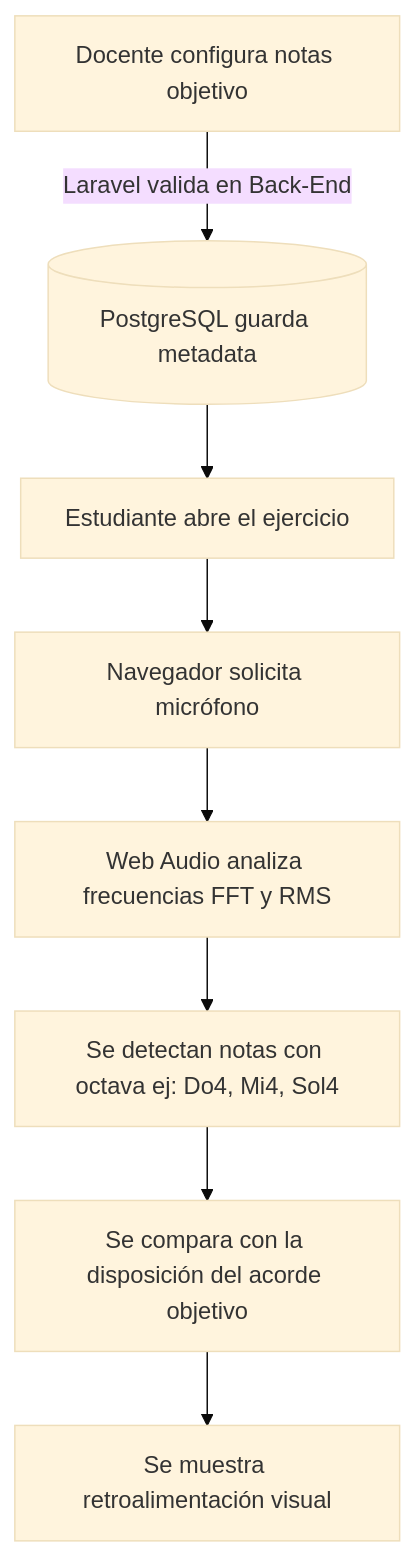
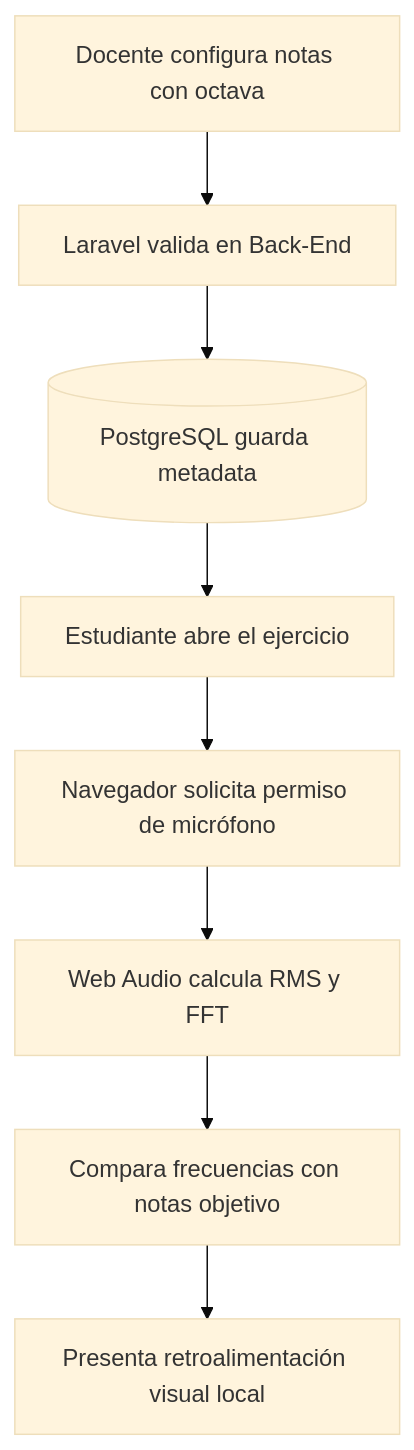
One commit to CSnF3256/ArmoniaLab changed the diagram in docs/AVANCE_AUDIO_SEGURIDAD.md. Above: the diagram before and after it, drawn with Mermaid (base theme). The commit also changed other lines of this file and 1 other file, not shown here.

````diff
--- a/docs/AVANCE_AUDIO_SEGURIDAD.md
+++ b/docs/AVANCE_AUDIO_SEGURIDAD.md
@@ -21,10 +11,10 @@
-~~~mermaid
-graph TD
-    A[Docente configura notas objetivo] -->|Laravel valida en Back-End| B[(PostgreSQL guarda metadata)]
-    B --> C[Estudiante abre el ejercicio]
-    C --> D[Navegador solicita micrófono]
-    D --> E[Web Audio analiza frecuencias FFT y RMS]
-    E --> F[Se detectan notas con octava ej: Do4, Mi4, Sol4]
-    F --> G[Se compara con la disposición del acorde objetivo]
-    G --> H[Se muestra retroalimentación visual]
-~~~
+```mermaid
+flowchart TD
+    A[Docente configura notas con octava] --> B[Laravel valida en Back-End]
+    B --> C[(PostgreSQL guarda metadata)]
+    C --> D[Estudiante abre el ejercicio]
+    D --> E[Navegador solicita permiso de micrófono]
+    E --> F[Web Audio calcula RMS y FFT]
+    F --> G[Compara frecuencias con notas objetivo]
+    G --> H[Presenta retroalimentación visual local]
+```
````
